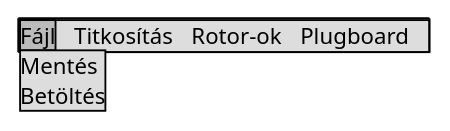
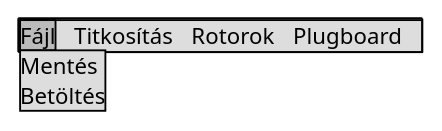
One commit to lolfail/enigma-nhf changed the diagram in docs/spec/saveload.puml. Above: the diagram before and after it, drawn with PlantUML. The commit also changed 5 other files, not shown here.

Commit message:
WIP XML schema

```diff
--- a/docs/spec/saveload.puml
+++ b/docs/spec/saveload.puml
@@ -1,6 +1,6 @@
 @startsalt
 {+
-  {* Fájl | Titkosítás | Rotor-ok | Plugboard
+  {* Fájl | Titkosítás | Rotorok | Plugboard
   Fájl | Mentés | Betöltés }
 }
 @endsalt
```
